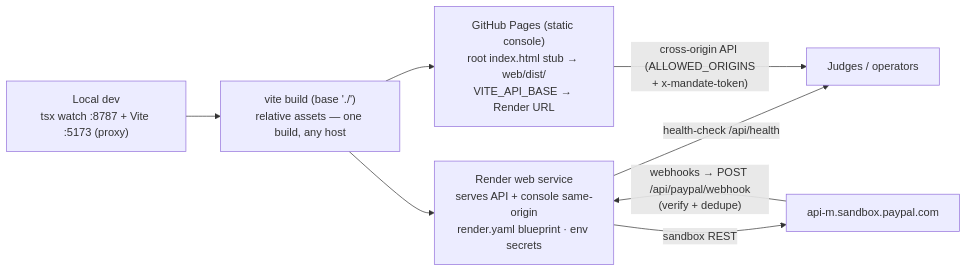
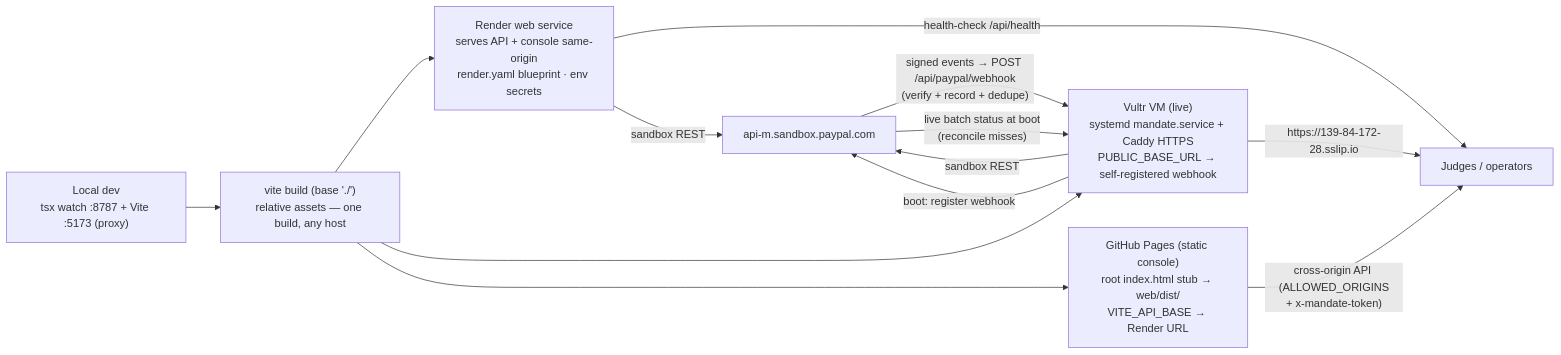
Before and after one commit to 0xv3nm09/mandate: diagram 11 of 12 in docs/ARCHITECTURE.md, drawn with Mermaid. The commit also changed other lines of this file and 15 other files, not shown here.

````diff
--- a/docs/ARCHITECTURE.md
+++ b/docs/ARCHITECTURE.md
@@ -378,10 +378,15 @@
 ```mermaid
 flowchart LR
   DEV["Local dev<br/>tsx watch :8787 + Vite :5173 (proxy)"] --> BUILD["vite build (base './')<br/>relative assets — one build, any host"]
   BUILD --> RENDER["Render web service<br/>serves API + console same-origin<br/>render.yaml blueprint · env secrets"]
+  BUILD --> VM["Vultr VM (live)<br/>systemd mandate.service + Caddy HTTPS<br/>PUBLIC_BASE_URL → self-registered webhook"]
   BUILD --> GHP["GitHub Pages (static console)<br/>root index.html stub → web/dist/<br/>VITE_API_BASE → Render URL"]
   RENDER -- "health-check /api/health" --> USERS["Judges / operators"]
+  VM -- "https://139-84-172-28.sslip.io" --> USERS
   GHP -- "cross-origin API (ALLOWED_ORIGINS<br/>+ x-mandate-token)" --> USERS
-  RENDER -- "sandbox REST" --> PP["api-m.sandbox.paypal.com"]
-  PP -- "webhooks → POST /api/paypal/webhook<br/>(verify + dedupe)" --> RENDER
+  VM -- "sandbox REST" --> PP["api-m.sandbox.paypal.com"]
+  RENDER -- "sandbox REST" --> PP
+  VM -- "boot: register webhook" --> PP
+  PP -- "signed events → POST /api/paypal/webhook<br/>(verify + record + dedupe)" --> VM
+  PP -- "live batch status at boot<br/>(reconcile misses)" --> VM
 ```
````
